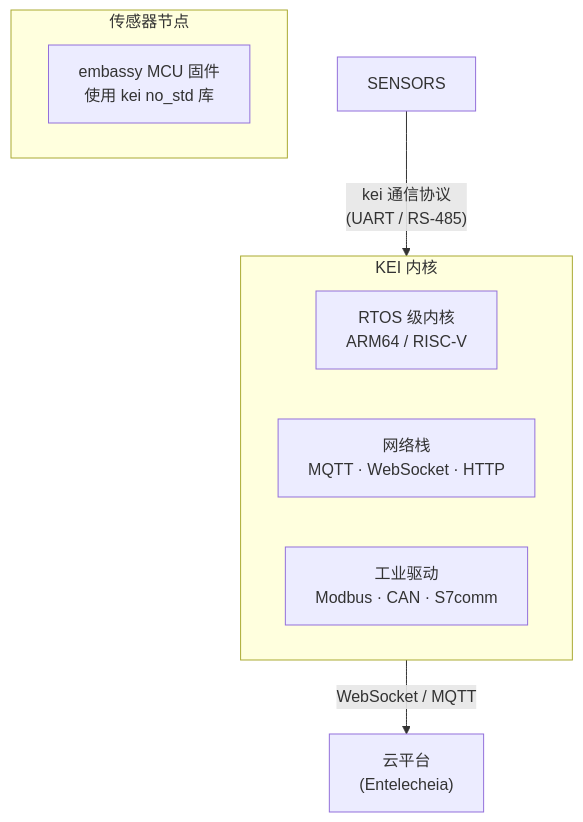
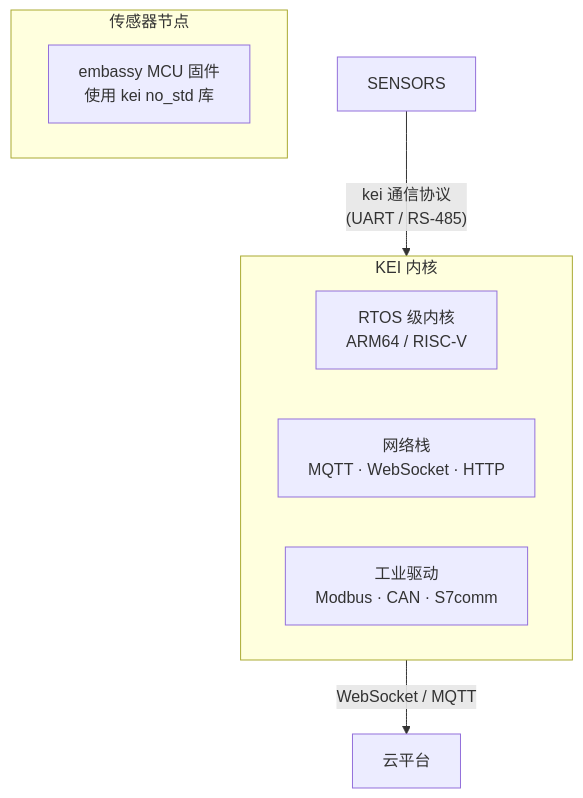
Before and after one commit to langyo/kei: the diagram in docs/zhs/README.md, drawn with Mermaid. The commit also changed other lines of this file and 27 other files, not shown here.

````diff
--- a/docs/zhs/README.md
+++ b/docs/zhs/README.md
@@ -35,13 +35,13 @@
 ```mermaid
 flowchart TB
     subgraph Gateway["KEI 内核"]
         KERN["RTOS 级内核\nARM64 / RISC-V"]
         NET["网络栈\nMQTT · WebSocket · HTTP"]
         DRV["工业驱动\nModbus · CAN · S7comm"]
     end
     subgraph Sensors["传感器节点"]
         EMB["embassy MCU 固件\n使用 kei no_std 库"]
     end
     SENSORS -->|"kei 通信协议\n(UART / RS-485)"| Gateway
-    Gateway -->|"WebSocket / MQTT"| CLOUD["云平台\n(Entelecheia)"]
+    Gateway -->|"WebSocket / MQTT"| CLOUD["云平台"]
 ```
````
